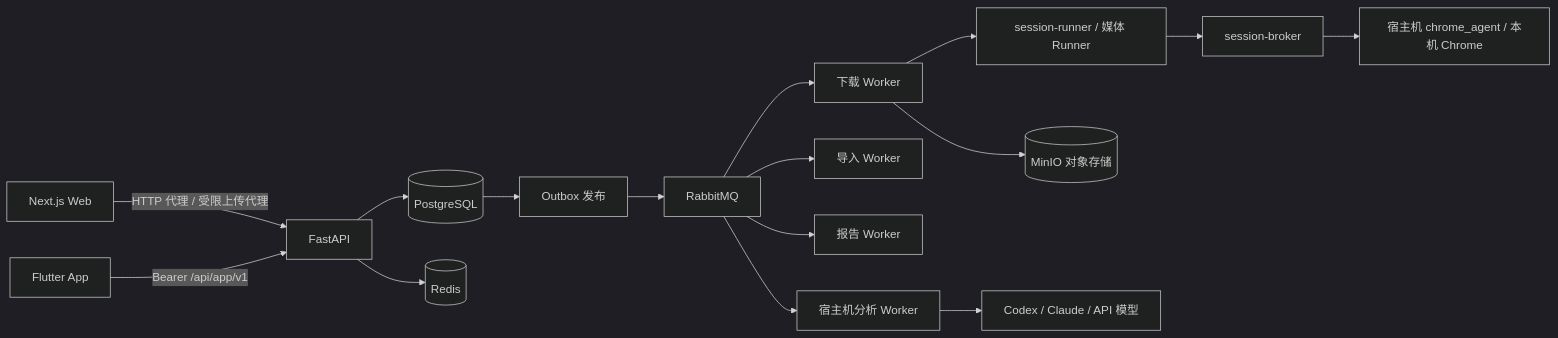
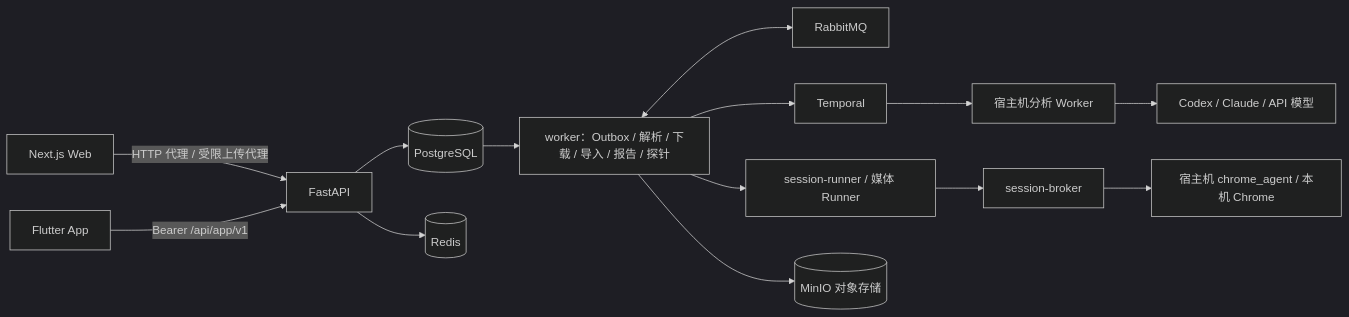
Before and after one commit to StephenQiu30/framefetch: the diagram in docs/design/02-总体架构.md, drawn with Mermaid (dark theme). The commit also changed other lines of this file and 46 other files, not shown here.

````diff
--- a/docs/design/02-总体架构.md
+++ b/docs/design/02-总体架构.md
@@ -7,18 +7,16 @@
 ```mermaid
 flowchart LR
   Web[Next.js Web] -->|HTTP 代理 / 受限上传代理| API[FastAPI]
   App[Flutter App] -->|Bearer /api/app/v1| API
   API --> PG[(PostgreSQL)]
   API --> Redis[(Redis)]
-  PG --> Outbox[Outbox 发布]
-  Outbox --> MQ[RabbitMQ]
-  MQ --> DL[下载 Worker]
-  MQ --> IM[导入 Worker]
-  MQ --> RP[报告 Worker]
-  MQ --> AN[宿主机分析 Worker]
-  DL --> SR[session-runner / 媒体 Runner]
+  PG --> W[worker：Outbox / 解析 / 下载 / 导入 / 报告 / 探针]
+  W <--> MQ[RabbitMQ]
+  W --> T[Temporal]
+  T --> AN[宿主机分析 Worker]
+  W --> SR[session-runner / 媒体 Runner]
   SR --> Broker[session-broker]
   Broker --> Agent[宿主机 chrome_agent / 本机 Chrome]
-  DL --> MinIO[(MinIO 对象存储)]
+  W --> MinIO[(MinIO 对象存储)]
   AN --> AI[Codex / Claude / API 模型]
 ```
````
